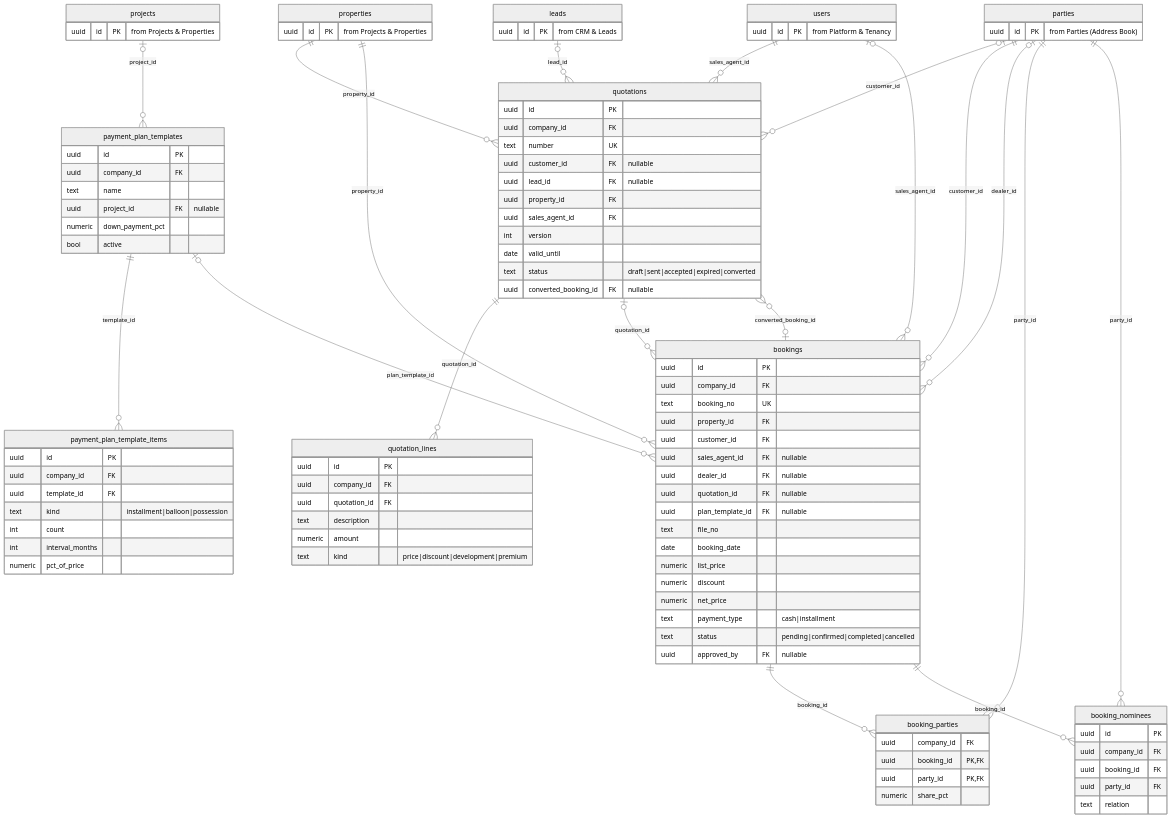
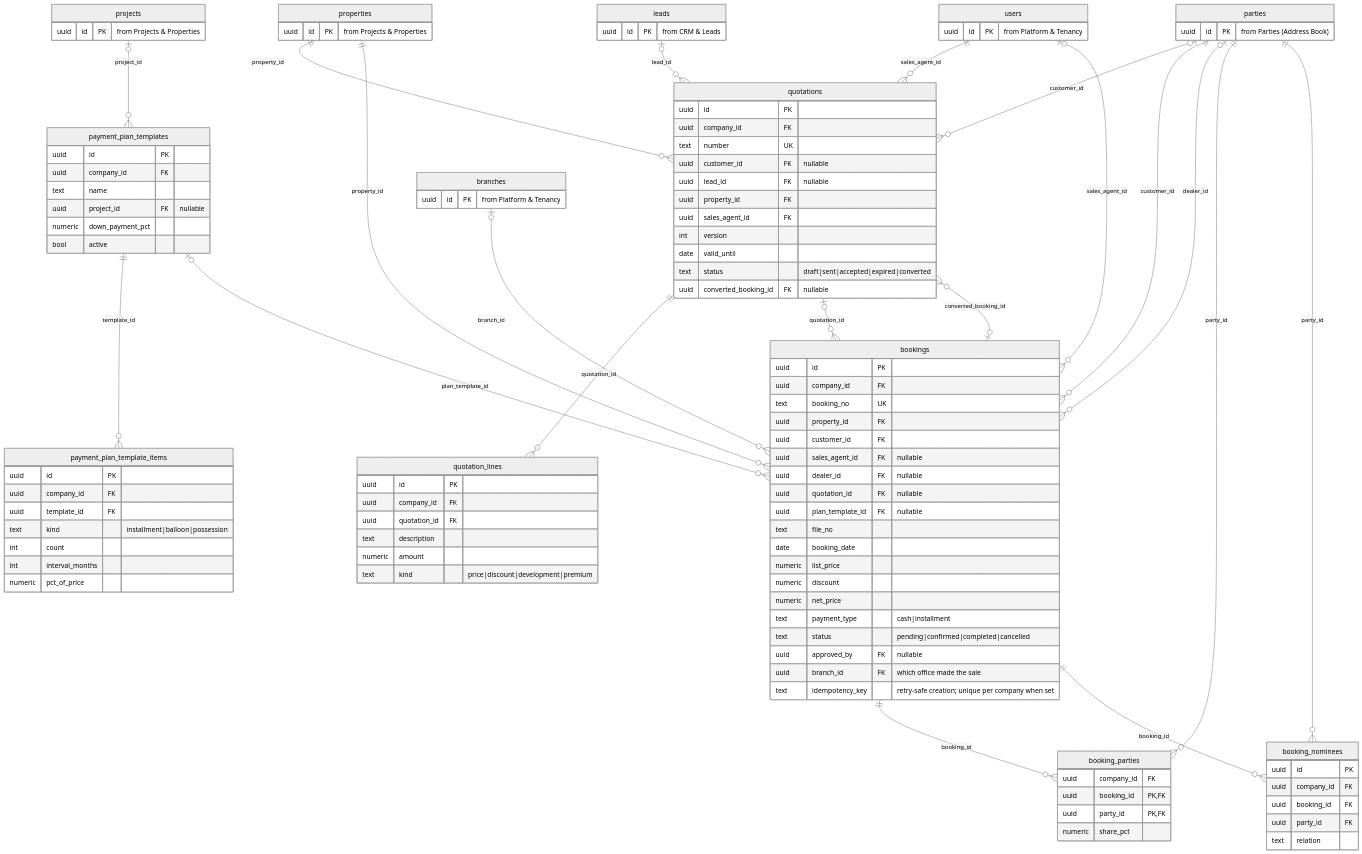
Before and after one commit to sajid293r/property_dealers_project: diagram 18 of 37 in docs/erd/ERD.md, drawn with Mermaid (neutral theme). The commit also changed other lines of this file and 217 other files, not shown here.

```diff
--- a/docs/erd/ERD.md
+++ b/docs/erd/ERD.md
@@ -1630,6 +1731,8 @@
     text payment_type "cash|installment"
     text status "pending|confirmed|completed|cancelled"
     uuid approved_by FK "nullable"
+    uuid branch_id FK "which office made the sale"
+    text idempotency_key "retry-safe creation; unique per company when set"
   }
   booking_parties {
     uuid company_id FK
@@ -1659,6 +1762,9 @@
   projects {
     uuid id PK "from Projects & Properties"
   }
+  branches {
+    uuid id PK "from Platform & Tenancy"
+  }
   parties |o--o{ quotations : "customer_id"
   leads |o--o{ quotations : "lead_id"
   properties ||--o{ quotations : "property_id"
@@ -1673,6 +1779,7 @@
   parties |o--o{ bookings : "dealer_id"
   quotations |o--o{ bookings : "quotation_id"
   payment_plan_templates |o--o{ bookings : "plan_template_id"
+  branches |o--o{ bookings : "branch_id"
   bookings ||--o{ booking_parties : "booking_id"
   parties ||--o{ booking_parties : "party_id"
   bookings ||--o{ booking_nominees : "booking_id"
```
